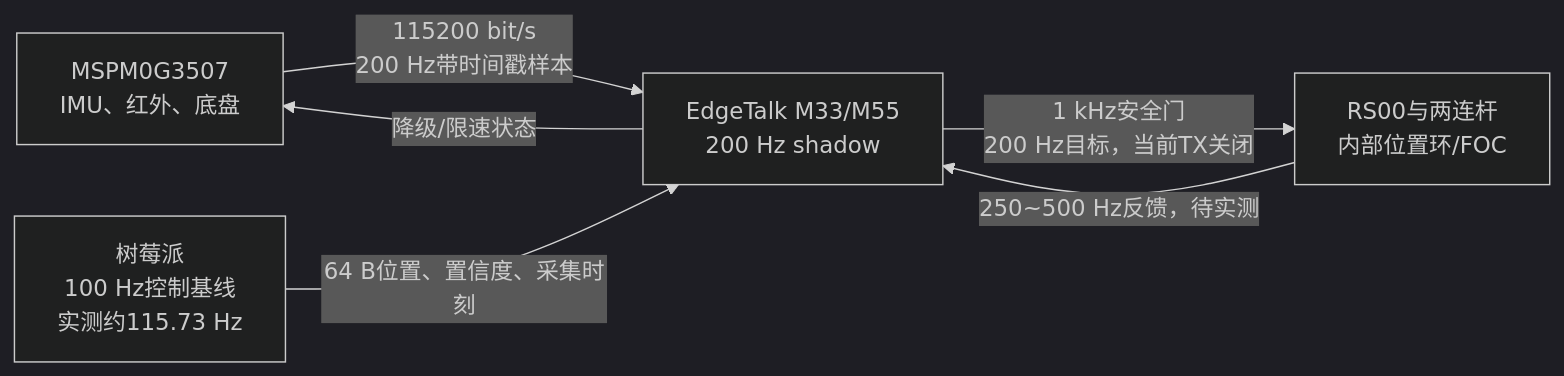
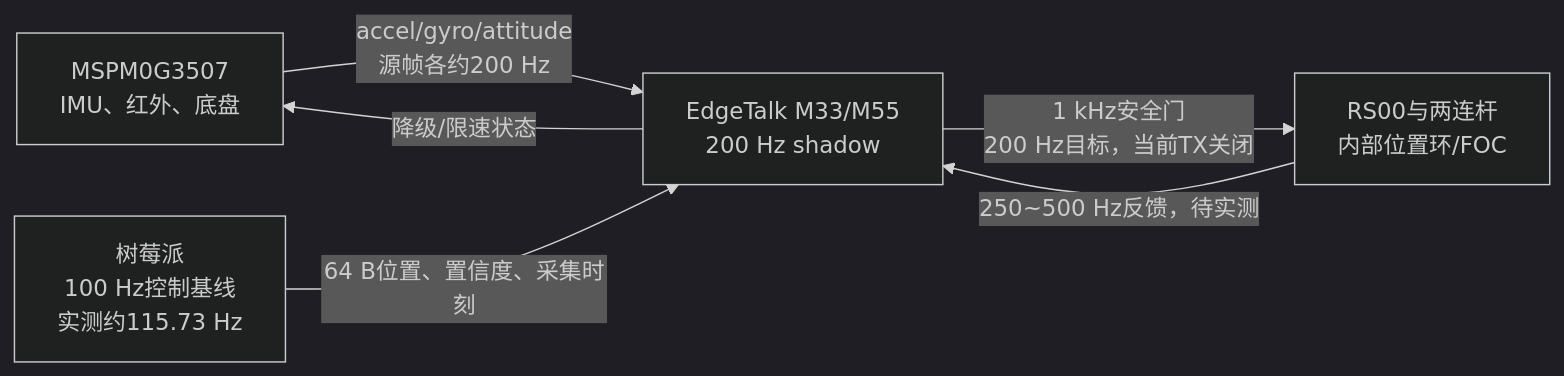
Before and after one commit to HalloYang06/2026_TI: the diagram in README.md, drawn with Mermaid (dark theme). The commit also changed other lines of this file and 8 other files, not shown here.

````diff
--- a/README.md
+++ b/README.md
@@ -24,8 +24,8 @@
 ```mermaid
 flowchart LR
-    M["MSPM0G3507<br/>IMU、红外、底盘"] -->|"115200 bit/s<br/>200 Hz带时间戳样本"| E["EdgeTalk M33/M55<br/>200 Hz shadow"]
+    M["MSPM0G3507<br/>IMU、红外、底盘"] -->|"accel/gyro/attitude<br/>源帧各约200 Hz"| E["EdgeTalk M33/M55<br/>200 Hz shadow"]
     P["树莓派<br/>100 Hz控制基线<br/>实测约115.73 Hz"] -->|"64 B位置、置信度、采集时刻"| E
     E -->|"1 kHz安全门<br/>200 Hz目标，当前TX关闭"| B["RS00与两连杆<br/>内部位置环/FOC"]
     B -->|"250~500 Hz反馈，待实测"| E
     E -->|"降级/限速状态"| M
 ```
````
